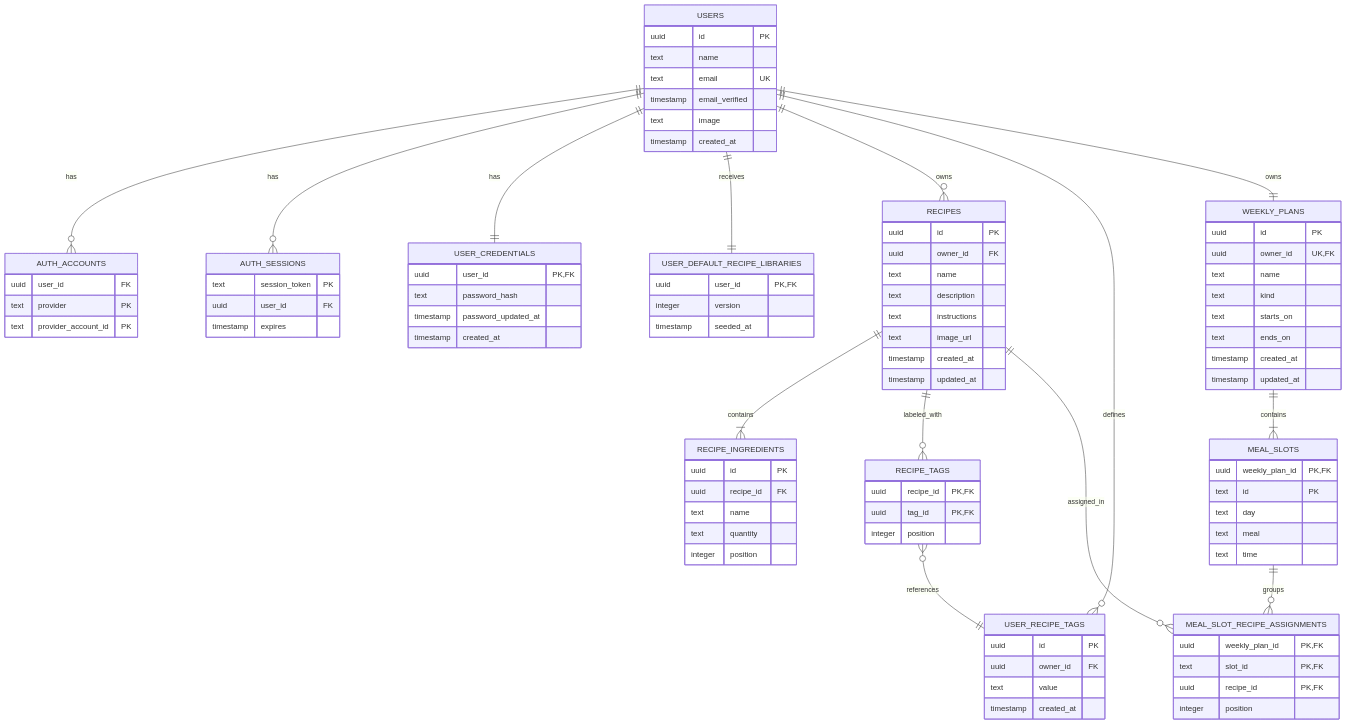
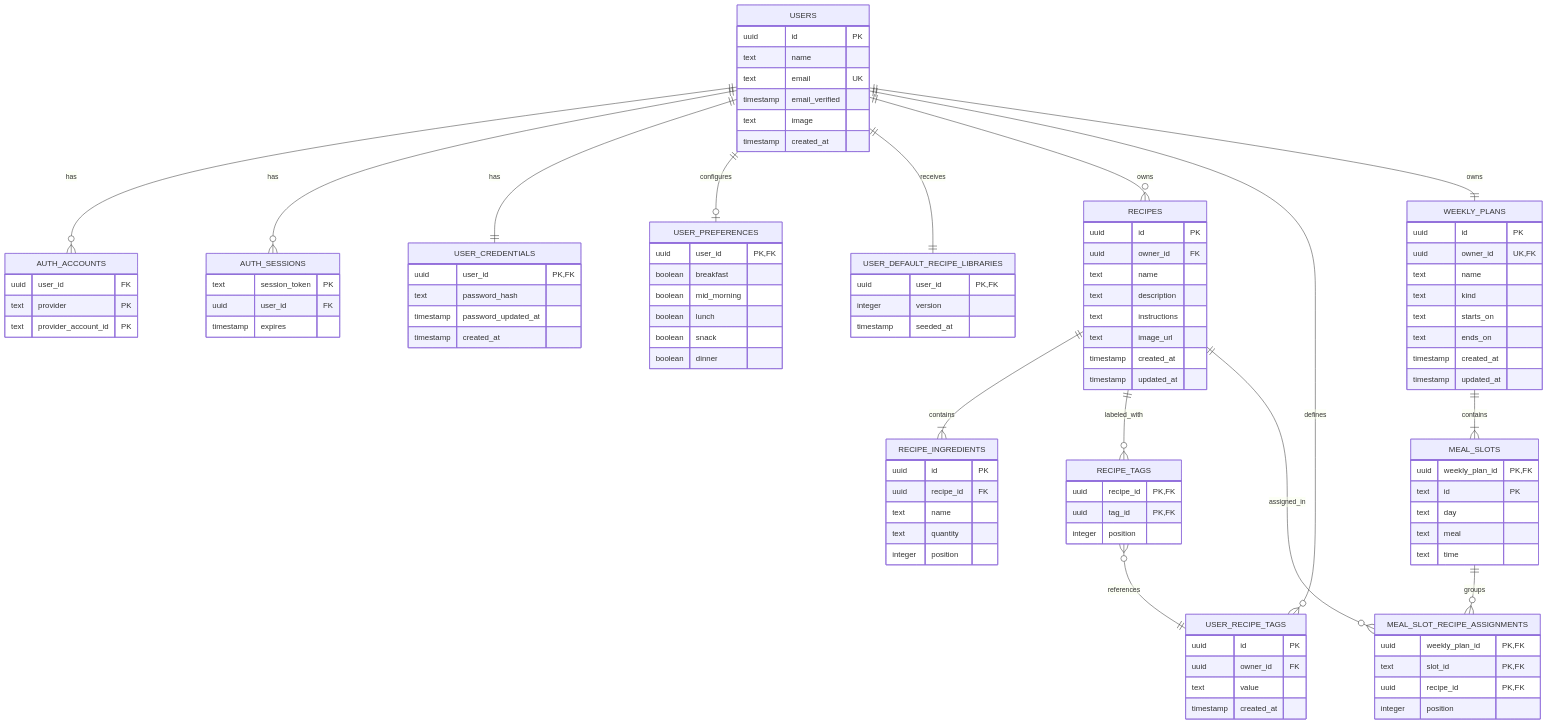
The diagram in docs/data-model.md (Julio92/nutriBro), drawn with Mermaid before and after one commit. The commit also changed other lines of this file and 26 other files, not shown here.

Commit message:
User preferences database table + integration with fronted

```diff
--- a/docs/data-model.md
+++ b/docs/data-model.md
@@ -9,6 +9,7 @@
   USERS ||--o{ AUTH_ACCOUNTS : has
   USERS ||--o{ AUTH_SESSIONS : has
   USERS ||--|| USER_CREDENTIALS : has
+  USERS ||--o| USER_PREFERENCES : configures
   USERS ||--|| USER_DEFAULT_RECIPE_LIBRARIES : receives
   USERS ||--o{ RECIPES : owns
   USERS ||--o{ USER_RECIPE_TAGS : defines
@@ -43,6 +44,14 @@
     text password_hash
     timestamp password_updated_at
     timestamp created_at
+  }
+  USER_PREFERENCES {
+    uuid user_id PK, FK
+    boolean breakfast
+    boolean mid_morning
+    boolean lunch
+    boolean snack
+    boolean dinner
   }
   USER_DEFAULT_RECIPE_LIBRARIES {
     uuid user_id PK, FK
```
